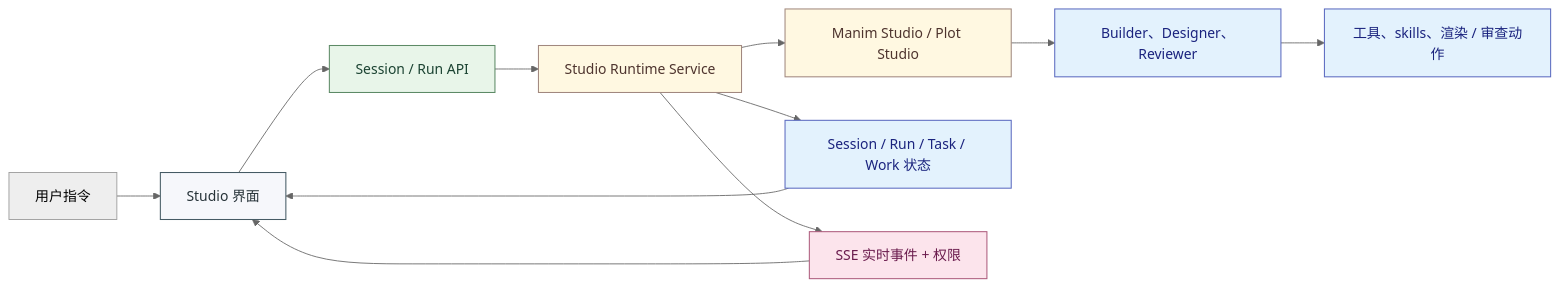
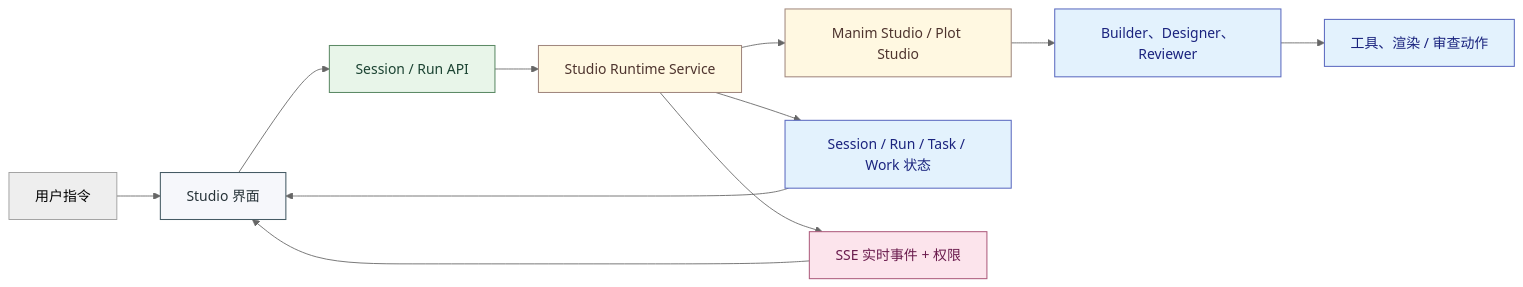
The second of 2 diagrams in README.zh-CN.md (Wing900/ManimCat), drawn with Mermaid (neutral theme) before and after one commit. The commit also changed 49 other files, not shown here.

````diff
--- a/README.zh-CN.md
+++ b/README.zh-CN.md
@@ -191,25 +191,25 @@
 ```mermaid
 flowchart LR
     classDef ui fill:#F6F7FB,stroke:#455A64,color:#263238,stroke-width:1.2px;
     classDef runtime fill:#FFF8E1,stroke:#A1887F,color:#4E342E,stroke-width:1.2px;
     classDef api fill:#E8F5E9,stroke:#5D8A66,color:#1B4332,stroke-width:1.2px;
     classDef state fill:#E3F2FD,stroke:#5C6BC0,color:#1A237E,stroke-width:1.2px;
     classDef event fill:#FCE4EC,stroke:#AD5C7D,color:#6A1B4D,stroke-width:1.2px;
 
     U[用户指令] --> S1
     S1[Studio 界面] --> A1[Session / Run API]
     A1 --> R1[Studio Runtime Service]
     R1 --> K1[Manim Studio / Plot Studio]
     K1 --> G1[Builder、Designer、Reviewer]
-    G1 --> T1[工具、skills、渲染 / 审查动作]
+    G1 --> T1[工具、渲染 / 审查动作]
     R1 --> S2[Session / Run / Task / Work 状态]
     R1 --> E1[SSE 实时事件 + 权限]
     S2 --> S1
     E1 --> S1
 
     class S1 ui;
     class A1 api;
     class R1,K1 runtime;
     class G1,T1,S2 state;
     class E1 event;
 ```
````
